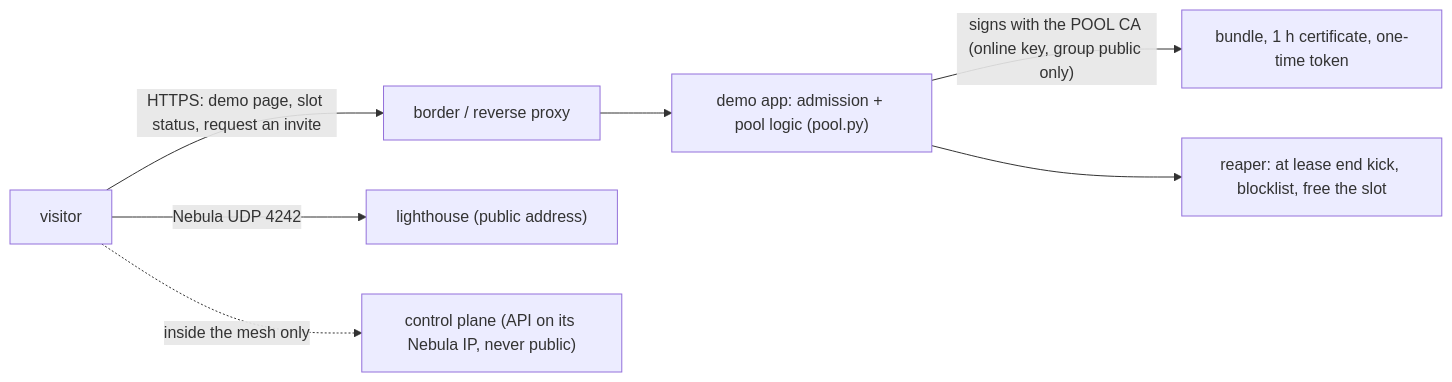
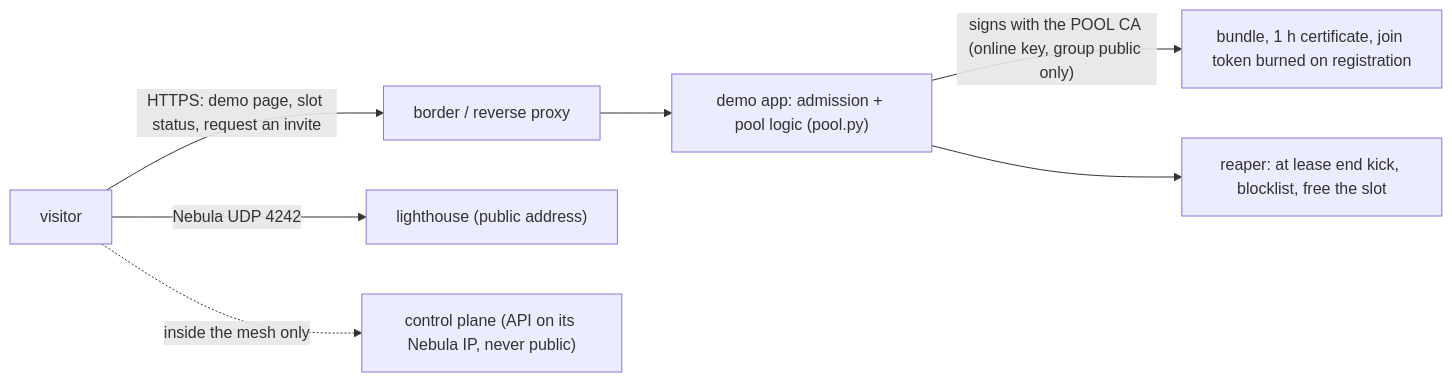
The diagram in docs/DEMO.md (villadalmine/k8s-lan-party), drawn with Mermaid before and after one commit. The commit also changed other lines of this file and 34 other files, not shown here.

````diff
--- a/docs/DEMO.md
+++ b/docs/DEMO.md
@@ -32,9 +35,9 @@
 ```mermaid
 flowchart LR
   V["visitor"] -->|"HTTPS: demo page, slot status, request an invite"| E["border / reverse proxy"]
   E --> A["demo app: admission + pool logic (pool.py)"]
-  A -->|"signs with the POOL CA (online key, group public only)"| B["bundle, 1 h certificate, one-time token"]
+  A -->|"signs with the POOL CA (online key, group public only)"| B["bundle, 1 h certificate, join token burned on registration"]
   V -->|"Nebula UDP 4242"| L["lighthouse (public address)"]
   V -.->|"inside the mesh only"| C["control plane (API on its Nebula IP, never public)"]
   A --> R["reaper: at lease end kick, blocklist, free the slot"]
 ```
````
